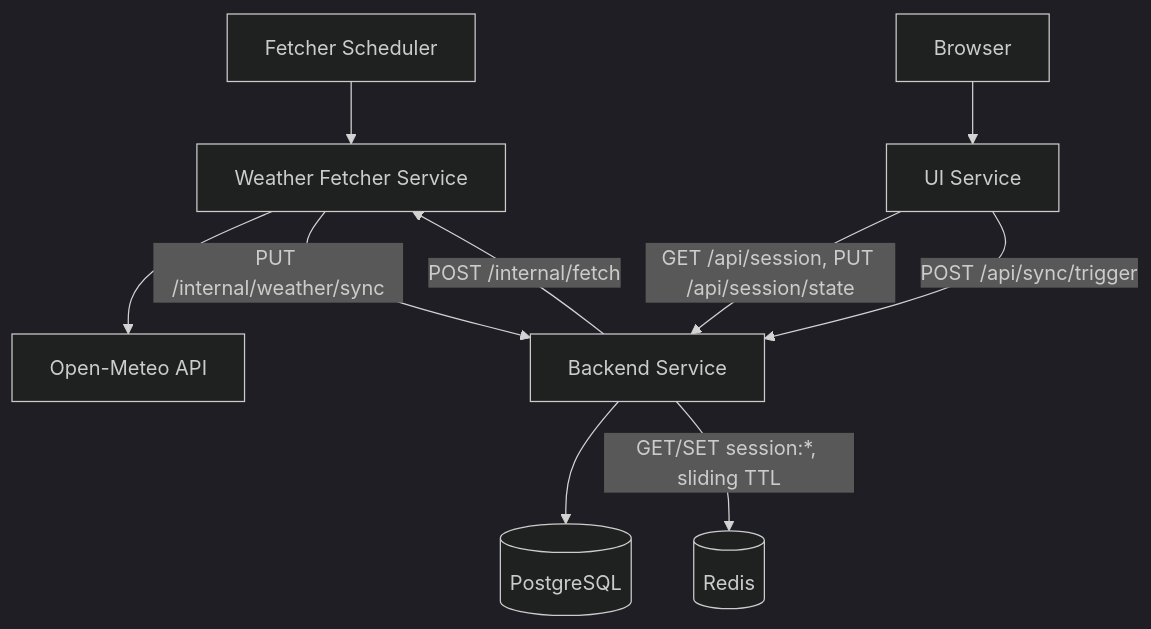
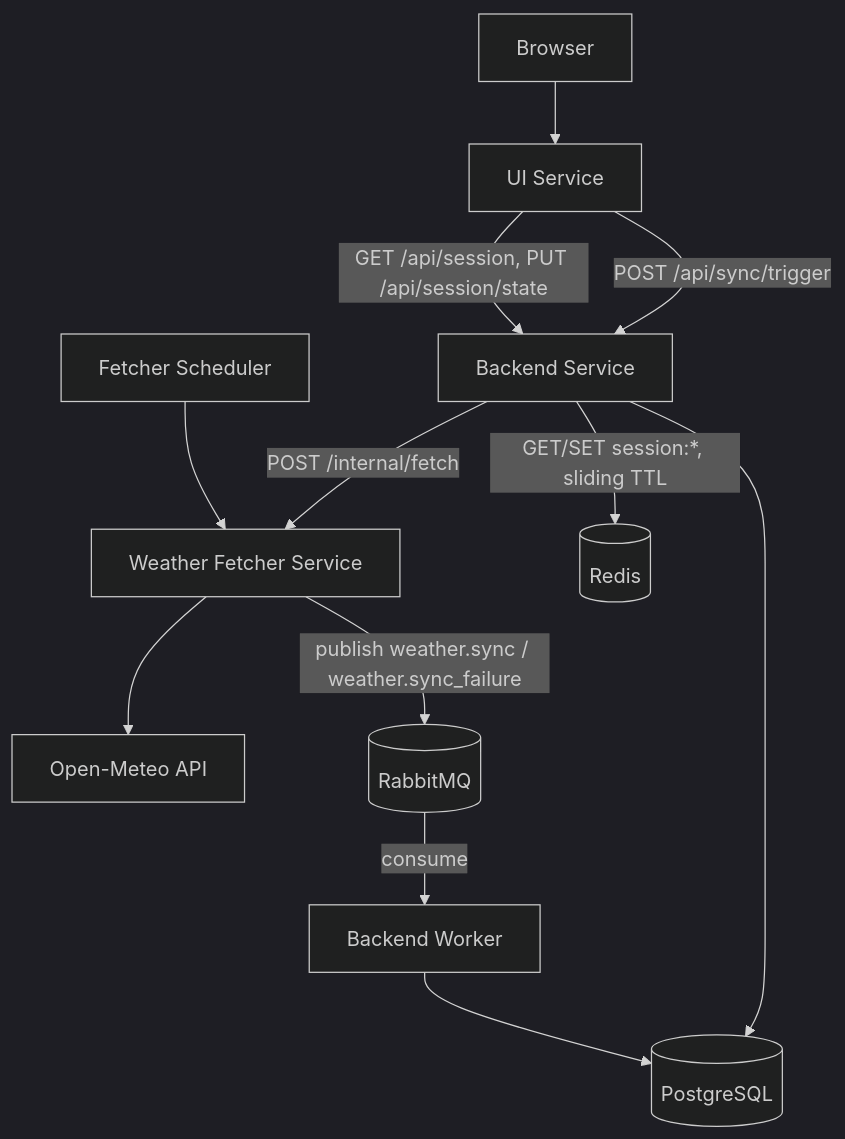
The first of 4 diagrams in docs/architecture.md (ua-academy-projects/push-and-pray), drawn with Mermaid (dark theme) before and after one commit. The commit also changed other lines of this file and 29 other files, not shown here.

````diff
--- a/docs/architecture.md
+++ b/docs/architecture.md
@@ -21,13 +23,15 @@
 ```mermaid
 flowchart TD
     Scheduler[Fetcher Scheduler] --> Fetcher[Weather Fetcher Service]
     Fetcher --> OpenMeteo[Open-Meteo API]
-    Fetcher -->|PUT /internal/weather/sync| Backend[Backend Service]
-    Backend --> PostgreSQL[(PostgreSQL)]
+    Fetcher -->|publish weather.sync / weather.sync_failure| RabbitMQ[(RabbitMQ)]
+    RabbitMQ -->|consume| Worker[Backend Worker]
+    Worker --> PostgreSQL[(PostgreSQL)]
+    Backend --> PostgreSQL
     Backend -->|GET/SET session:*, sliding TTL| Redis[(Redis)]
 
     User[Browser] --> UI[UI Service]
-    UI -->|GET /api/session, PUT /api/session/state| Backend
+    UI -->|GET /api/session, PUT /api/session/state| Backend[Backend Service]
     UI -->|POST /api/sync/trigger| Backend
     Backend -->|POST /internal/fetch| Fetcher
 ```
````
